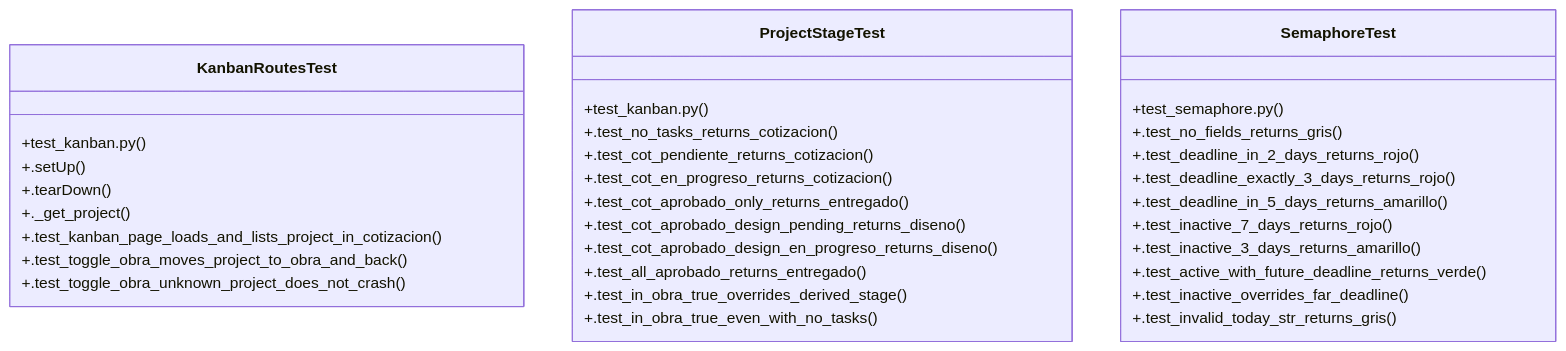
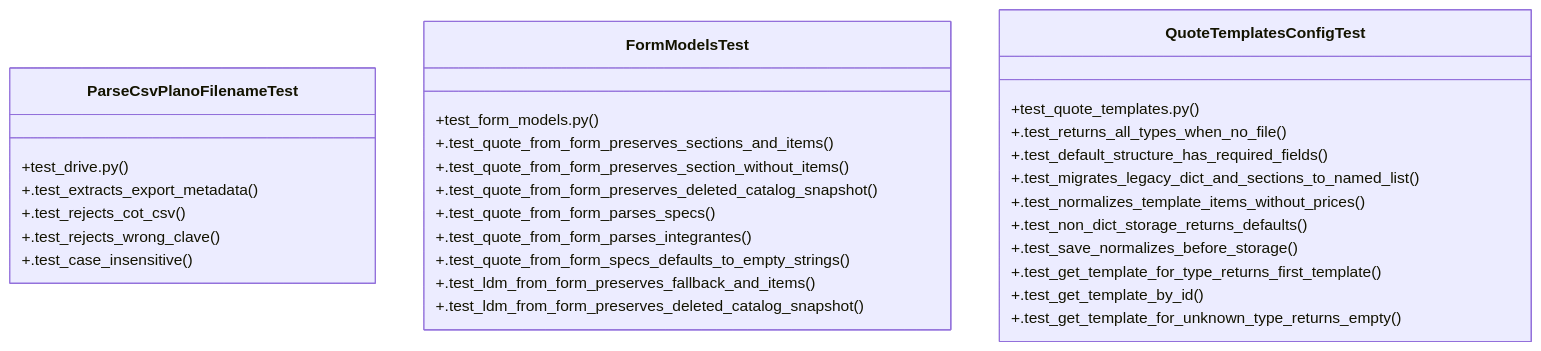
The diagram in graphify-out/wiki/Community_9.md (Daftrick/ProjectTracker), drawn with Mermaid before and after one commit. The commit also changed other lines of this file and 419 other files, not shown here.

````diff
--- a/graphify-out/wiki/Community_9.md
+++ b/graphify-out/wiki/Community_9.md
@@ -36,36 +36,33 @@
 ```mermaid
 classDiagram
-    class KanbanRoutesTest {
-        +test_kanban.py()
-        +.setUp()
-        +.tearDown()
-        +._get_project()
-        +.test_kanban_page_loads_and_lists_project_in_cotizacion()
-        +.test_toggle_obra_moves_project_to_obra_and_back()
-        +.test_toggle_obra_unknown_project_does_not_crash()
+    class ParseCsvPlanoFilenameTest {
+        +test_drive.py()
+        +.test_extracts_export_metadata()
+        +.test_rejects_cot_csv()
+        +.test_rejects_wrong_clave()
+        +.test_case_insensitive()
     }
-    class ProjectStageTest {
-        +test_kanban.py()
-        +.test_no_tasks_returns_cotizacion()
-        +.test_cot_pendiente_returns_cotizacion()
-        +.test_cot_en_progreso_returns_cotizacion()
-        +.test_cot_aprobado_only_returns_entregado()
-        +.test_cot_aprobado_design_pending_returns_diseno()
-        +.test_cot_aprobado_design_en_progreso_returns_diseno()
-        +.test_all_aprobado_returns_entregado()
-        +.test_in_obra_true_overrides_derived_stage()
-        +.test_in_obra_true_even_with_no_tasks()
+    class FormModelsTest {
+        +test_form_models.py()
+        +.test_quote_from_form_preserves_sections_and_items()
+        +.test_quote_from_form_preserves_section_without_items()
+        +.test_quote_from_form_preserves_deleted_catalog_snapshot()
+        +.test_quote_from_form_parses_specs()
+        +.test_quote_from_form_parses_integrantes()
+        +.test_quote_from_form_specs_defaults_to_empty_strings()
+        +.test_ldm_from_form_preserves_fallback_and_items()
+        +.test_ldm_from_form_preserves_deleted_catalog_snapshot()
     }
-    class SemaphoreTest {
-        +test_semaphore.py()
-        +.test_no_fields_returns_gris()
-        +.test_deadline_in_2_days_returns_rojo()
-        +.test_deadline_exactly_3_days_returns_rojo()
-        +.test_deadline_in_5_days_returns_amarillo()
-        +.test_inactive_7_days_returns_rojo()
-        +.test_inactive_3_days_returns_amarillo()
-        +.test_active_with_future_deadline_returns_verde()
-        +.test_inactive_overrides_far_deadline()
-        +.test_invalid_today_str_returns_gris()
+    class QuoteTemplatesConfigTest {
+        +test_quote_templates.py()
+        +.test_returns_all_types_when_no_file()
+        +.test_default_structure_has_required_fields()
+        +.test_migrates_legacy_dict_and_sections_to_named_list()
+        +.test_normalizes_template_items_without_prices()
+        +.test_non_dict_storage_returns_defaults()
+        +.test_save_normalizes_before_storage()
+        +.test_get_template_for_type_returns_first_template()
+        +.test_get_template_by_id()
+        +.test_get_template_for_unknown_type_returns_empty()
     }
 ```
````
